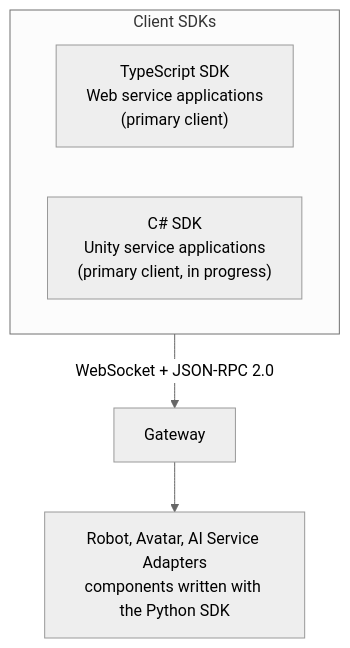
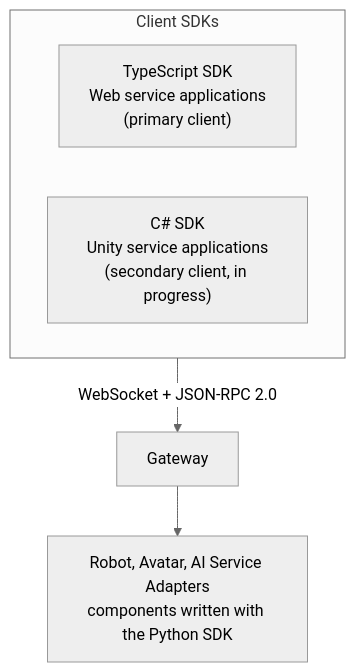
Before and after one commit to openrois/openrois: the eighth of 18 diagrams in docs/white-paper.md, drawn with Mermaid (neutral theme). The commit also changed other lines of this file and 33 other files, not shown here.

````diff
--- a/docs/white-paper.md
+++ b/docs/white-paper.md
@@ -677,11 +703,11 @@
 ```mermaid
 flowchart TB
     subgraph SDKs["Client SDKs"]
         direction LR
         TS["TypeScript SDK<br/>Web service applications<br/>(primary client)"]
-        CSharp["C# SDK<br/>Unity service applications<br/>(primary client, in progress)"]
+        CSharp["C# SDK<br/>Unity service applications<br/>(secondary client, in progress)"]
     end
 
     SDKs -->|"WebSocket + JSON-RPC 2.0"| Gateway["Gateway"]
     Gateway --> Adapters["Robot, Avatar, AI Service Adapters<br/>components written with the Python SDK"]
 ```
````
